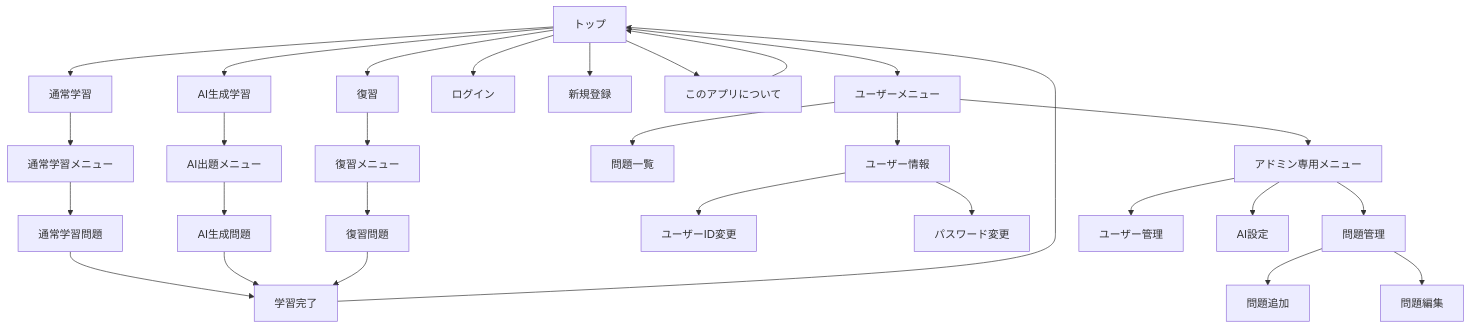
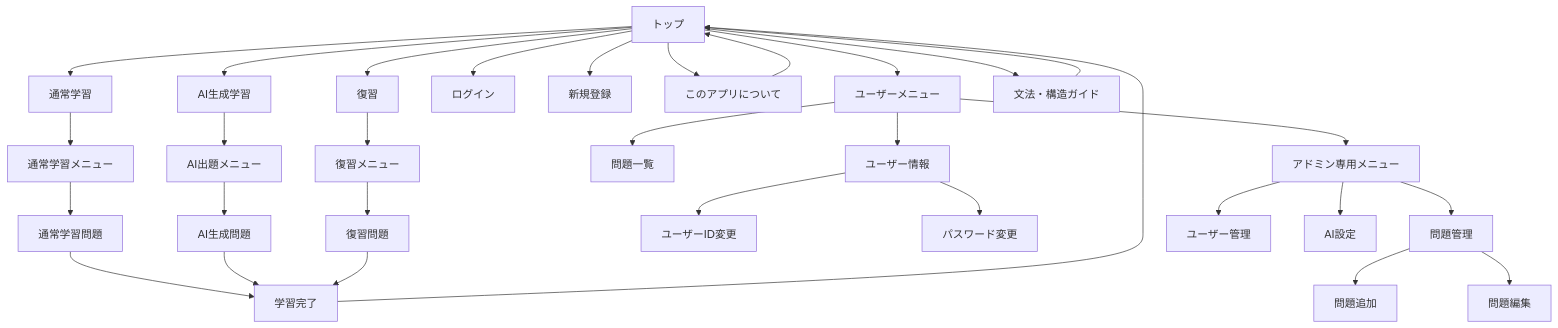
Before and after one commit to mawsonlakes790913/ChineseOutputTrainerApplication: the second of 3 diagrams in docs/requirements/screen-transition.md, drawn with Mermaid. The commit also changed other lines of this file and 5 other files, not shown here.

````diff
--- a/docs/requirements/screen-transition.md
+++ b/docs/requirements/screen-transition.md
@@ -438,42 +447,46 @@
 ```mermaid
 flowchart TD
 
 A["トップ"]
 
 A --> D["通常学習"]
 A --> E["AI生成学習"]
 A --> F["復習"]
 A --> L["ログイン"]
 A --> R["新規登録"]
 A --> T["このアプリについて"]
 A --> U["ユーザーメニュー"]
+A --> S["文法・構造ガイド"]
+
 
 D --> D1["通常学習メニュー"]
 D1 --> D2["通常学習問題"]
 D2 --> Z["学習完了"]
 
 E --> E1["AI出題メニュー"]
 E1 --> E2["AI生成問題"]
 E2 --> Z
 
 F --> F1["復習メニュー"]
 F1 --> F2["復習問題"]
 F2 --> Z
 
 U --> U1["問題一覧"]
 U --> U2["ユーザー情報"]
 U --> M["アドミン専用メニュー"]
 
 U2 --> U3["ユーザーID変更"]
 U2 --> U4["パスワード変更"]
 
 M --> M1["問題管理"]
 M --> M2["ユーザー管理"]
 M --> M3["AI設定"]
 
 M1 --> M11["問題追加"]
 M1 --> M12["問題編集"]
 
+S --> A
+
 Z --> A
 T --> A
 ```
````
